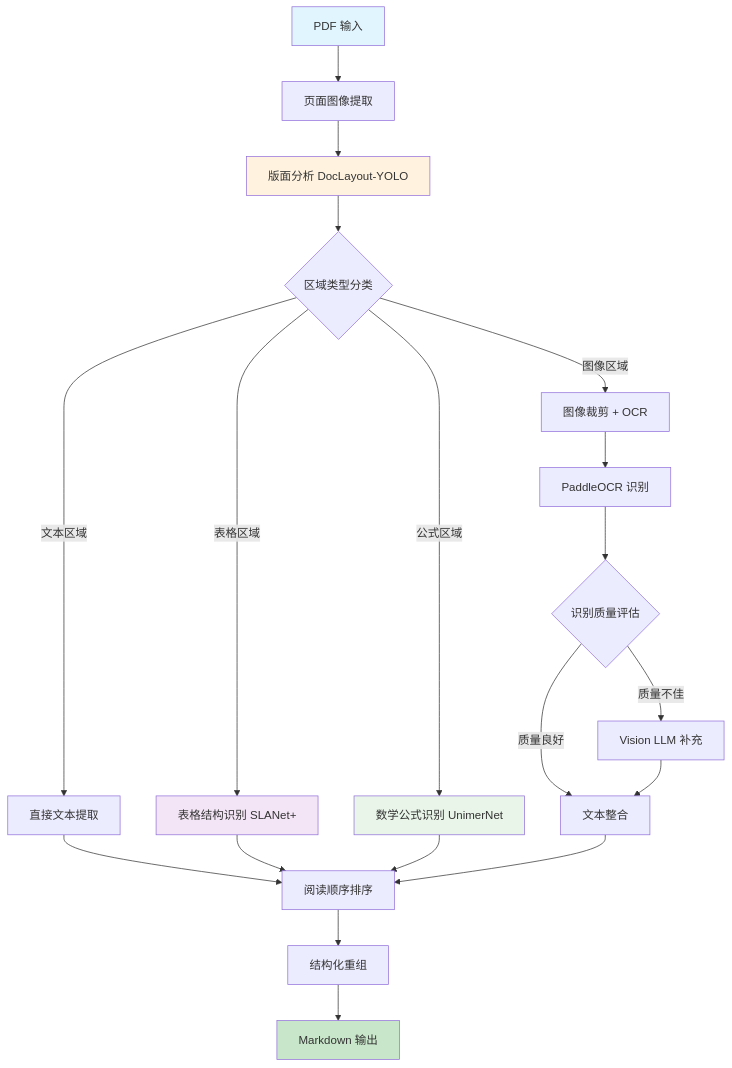
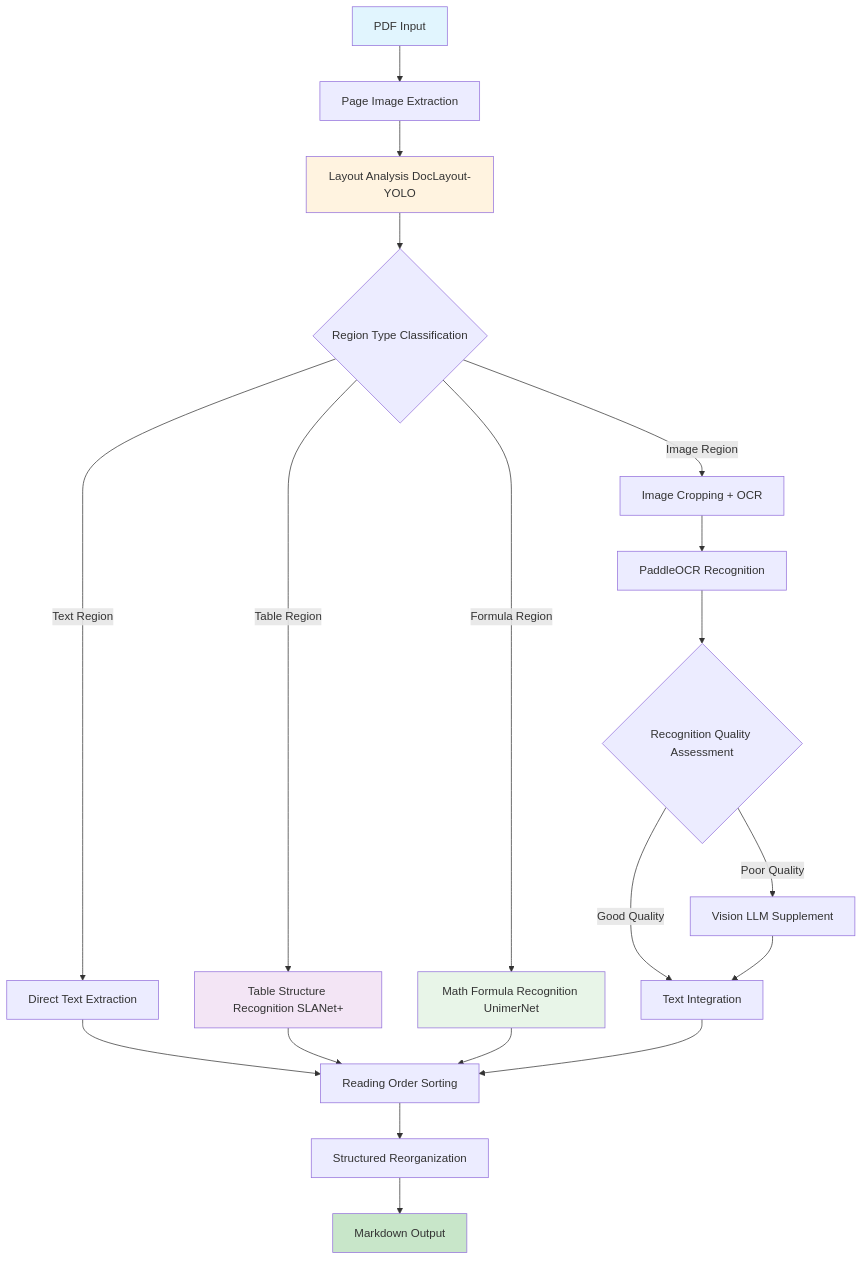
The second of 5 diagrams in README.md (309299817/doculook), drawn with Mermaid before and after one commit. The commit also changed other lines of this file, not shown here.

````diff
--- a/README.md
+++ b/README.md
@@ -137,31 +141,31 @@
 ```mermaid
 flowchart TD
-    A[PDF 输入] --> B[页面图像提取]
-    B --> C[版面分析 DocLayout-YOLO]
-    C --> D{区域类型分类}
+    A[PDF Input] --> B[Page Image Extraction]
+    B --> C[Layout Analysis DocLayout-YOLO]
+    C --> D{Region Type Classification}
     
-    D -->|文本区域| E[直接文本提取]
-    D -->|图像区域| F[图像裁剪 + OCR]
-    D -->|表格区域| G[表格结构识别 SLANet+]
-    D -->|公式区域| H[数学公式识别 UnimerNet]
+    D -->|Text Region| E[Direct Text Extraction]
+    D -->|Image Region| F[Image Cropping + OCR]
+    D -->|Table Region| G[Table Structure Recognition SLANet+]
+    D -->|Formula Region| H[Math Formula Recognition UnimerNet]
     
-    F --> I[PaddleOCR 识别]
-    I --> J{识别质量评估}
-    J -->|质量不佳| K[Vision LLM 补充]
-    J -->|质量良好| L[文本整合]
+    F --> I[PaddleOCR Recognition]
+    I --> J{Recognition Quality Assessment}
+    J -->|Poor Quality| K[Vision LLM Supplement]
+    J -->|Good Quality| L[Text Integration]
     K --> L
     
-    E --> M[阅读顺序排序]
+    E --> M[Reading Order Sorting]
     G --> M
     H --> M
     L --> M
     
-    M --> N[结构化重组]
-    N --> O[Markdown 输出]
+    M --> N[Structured Reorganization]
+    N --> O[Markdown Output]
     
     style A fill:#e1f5fe
     style O fill:#c8e6c9
     style C fill:#fff3e0
     style G fill:#f3e5f5
     style H fill:#e8f5e8
 ```
````
